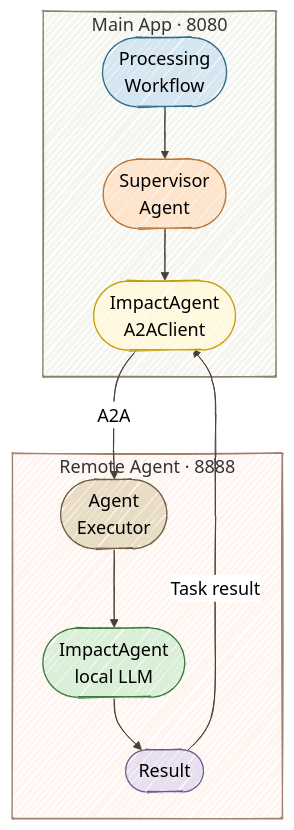
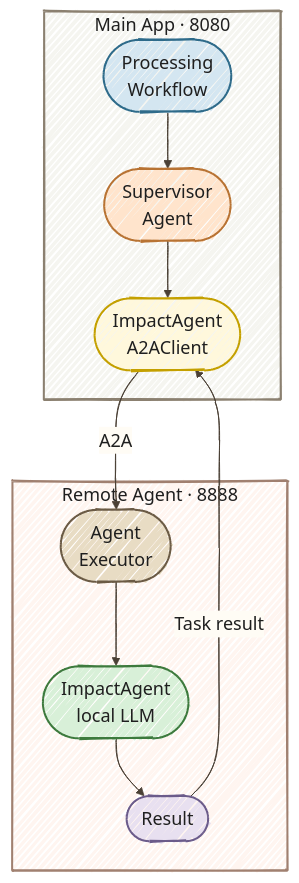
Before and after one commit to danieloh30/agentic-ai-java-workshop: the diagram in docs/07-a2a/START_HERE.md, drawn with Mermaid. The commit also changed 11 other files, not shown here.

Commit message:
Improve hand-drawn Mermaid readability in light and dark modes

````diff
--- a/docs/07-a2a/START_HERE.md
+++ b/docs/07-a2a/START_HERE.md
@@ -100,36 +100,36 @@
 ```mermaid
-%%{init: {'look':'handDrawn','theme':'neutral','themeVariables': {'lineColor':'#4A4035','fontSize':'18px'},'flowchart': {'nodeSpacing':40,'rankSpacing':50,'useMaxWidth':false}}}%%
+%%{init: {'look':'handDrawn','theme':'base','themeVariables': {'darkMode':false,'background':'#FFFCF5','primaryTextColor':'#1F1F1F','secondaryTextColor':'#1F1F1F','tertiaryTextColor':'#1F1F1F','textColor':'#1F1F1F','lineColor':'#4A4035','edgeLabelBackground':'#FFFCF5','clusterBkg':'#F5F5F0','clusterBorder':'#6B5B45','fontSize':'18px'},'flowchart': {'nodeSpacing':40,'rankSpacing':55,'useMaxWidth':false,'padding':18}}}%%
 flowchart TB
     IPW(["Processing<br/>Workflow"])
     ISA(["Supervisor<br/>Agent"])
     IA(["ImpactAgent<br/>A2AClient"])
     AE(["Agent<br/>Executor"])
     RIA(["ImpactAgent<br/>local LLM"])
     LLM([Result])
 
     subgraph main["Main App · 8080"]
         IPW
         ISA
         IA
     end
 
     subgraph remote["Remote Agent · 8888"]
         AE
         RIA
         LLM
     end
 
     IPW --> ISA --> IA
     IA -->|A2A| AE
     AE --> RIA --> LLM
     LLM -->|Task result| IA
 
-    style IPW fill:#D4E6F1,stroke:#2E6B8A
-    style ISA fill:#FFE4CC,stroke:#B87333
-    style IA fill:#FFF8DC,stroke:#C4A000
-    style AE fill:#E8DCC4,stroke:#6B5B45
-    style RIA fill:#D8F0D8,stroke:#3D7A3D
-    style LLM fill:#E8E0F0,stroke:#6B5B8A
-    style main fill:#F5F5F0,stroke:#8B8070
-    style remote fill:#FFF5F0,stroke:#A08070
+    style IPW fill:#D4E6F1,stroke:#2E6B8A,color:#1F1F1F,stroke-width:2px
+    style ISA fill:#FFE4CC,stroke:#B87333,color:#1F1F1F,stroke-width:2px
+    style IA fill:#FFF8DC,stroke:#C4A000,color:#1F1F1F,stroke-width:2px
+    style AE fill:#E8DCC4,stroke:#6B5B45,color:#1F1F1F,stroke-width:2px
+    style RIA fill:#D8F0D8,stroke:#3D7A3D,color:#1F1F1F,stroke-width:2px
+    style LLM fill:#E8E0F0,stroke:#6B5B8A,color:#1F1F1F,stroke-width:2px
+    style main fill:#F5F5F0,stroke:#8B8070,color:#1F1F1F,stroke-width:2px
+    style remote fill:#FFF5F0,stroke:#A08070,color:#1F1F1F,stroke-width:2px
 ```
````
